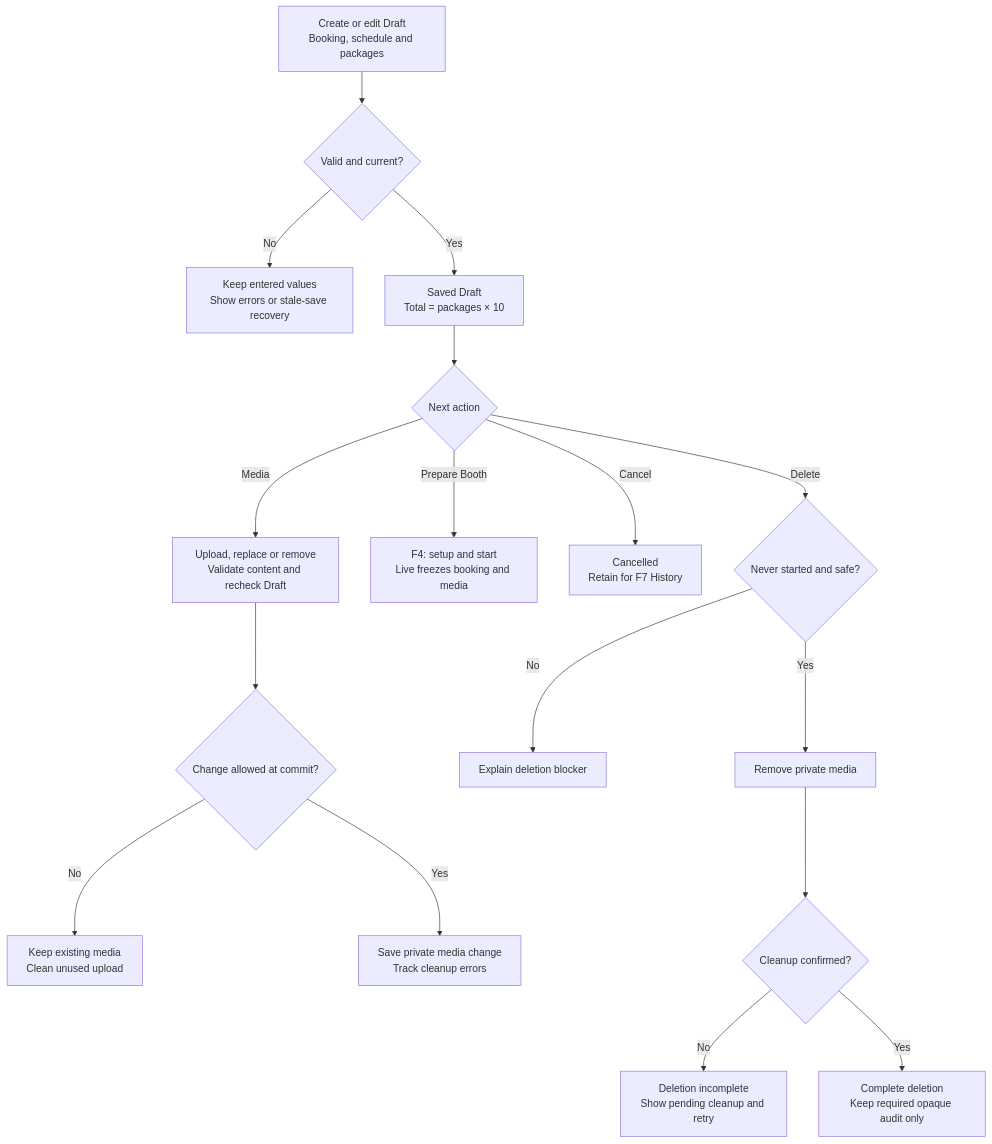
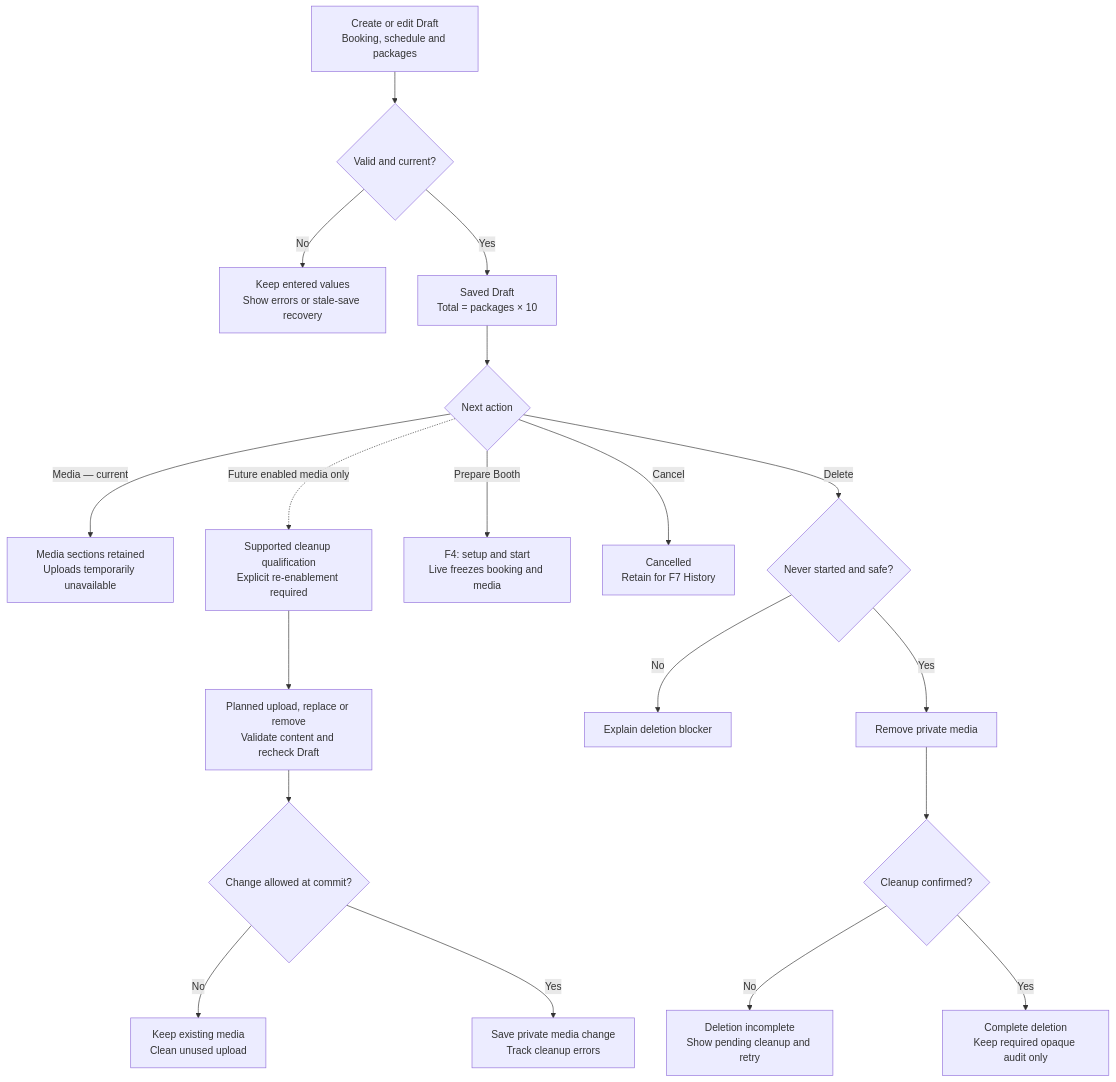
The third of 10 diagrams in docs/diagrams/issue-10-functional-breakdown.md (noelorph/diy-instax-photobooth), drawn with Mermaid before and after one commit. The commit also changed other lines of this file and 48 other files, not shown here.

Commit message:
feat: defer event media uploads and preserve draft presentation

````diff
--- a/docs/diagrams/issue-10-functional-breakdown.md
+++ b/docs/diagrams/issue-10-functional-breakdown.md
@@ -60,19 +62,21 @@
 ```mermaid
 flowchart TD
   EDIT["Create or edit Draft<br/>Booking, schedule and packages"] --> VALID{"Valid and current?"}
   VALID -->|No| FIX["Keep entered values<br/>Show errors or stale-save recovery"]
   VALID -->|Yes| DRAFT["Saved Draft<br/>Total = packages × 10"]
   DRAFT --> ACTION{"Next action"}
-  ACTION -->|Media| MEDIA["Upload, replace or remove<br/>Validate content and recheck Draft"]
+  ACTION -->|Media — current| UNAVAILABLE["Media sections retained<br/>Uploads temporarily unavailable"]
+  ACTION -.->|Future enabled media only| QUALIFY["Supported cleanup qualification<br/>Explicit re-enablement required"]
+  QUALIFY --> MEDIA["Planned upload, replace or remove<br/>Validate content and recheck Draft"]
   MEDIA --> CURRENT{"Change allowed at commit?"}
   CURRENT -->|No| KEEP["Keep existing media<br/>Clean unused upload"]
   CURRENT -->|Yes| SAVE["Save private media change<br/>Track cleanup errors"]
   ACTION -->|Prepare Booth| SETUP["F4: setup and start<br/>Live freezes booking and media"]
   ACTION -->|Cancel| CANCEL["Cancelled<br/>Retain for F7 History"]
   ACTION -->|Delete| SAFE{"Never started and safe?"}
   SAFE -->|No| BLOCK["Explain deletion blocker"]
   SAFE -->|Yes| CLEAN["Remove private media"]
   CLEAN --> REMOVED{"Cleanup confirmed?"}
   REMOVED -->|No| PENDING["Deletion incomplete<br/>Show pending cleanup and retry"]
   REMOVED -->|Yes| DELETED["Complete deletion<br/>Keep required opaque audit only"]
 ```
````
